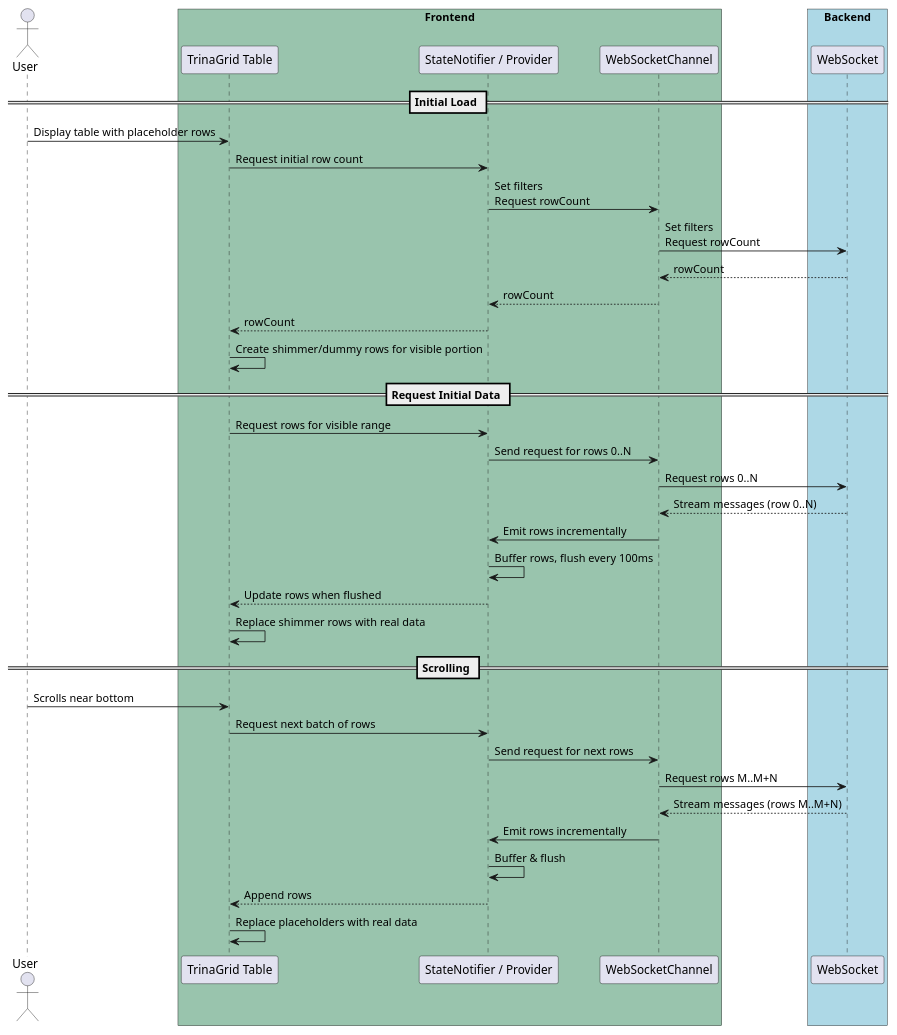
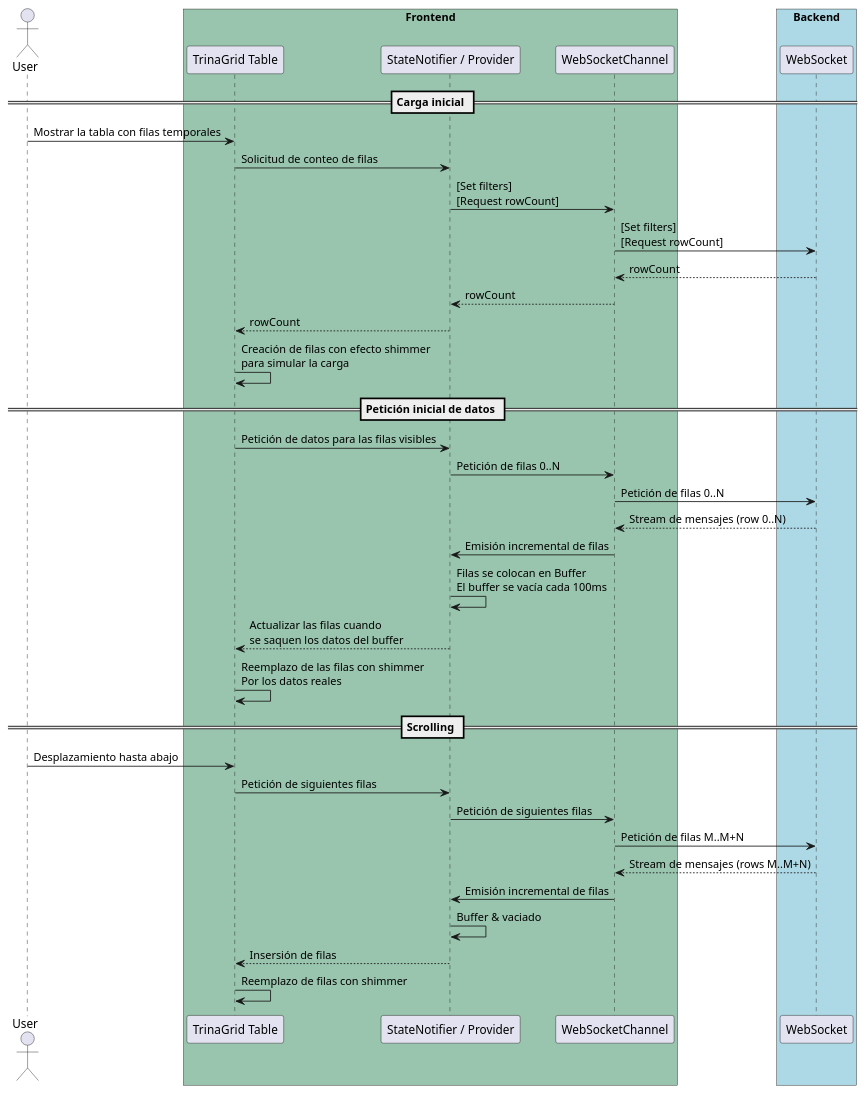
One commit to hector-ramirez-cano/Analytics changed the diagram in docs/uml/syslogTableViewer.puml. Above: the diagram before and after it, drawn with PlantUML. The commit also changed 3 other files, not shown here.

Commit message:
[DOCUMENTATION] Updated PlantUML diagrams

```diff
--- a/docs/uml/syslogTableViewer.puml
+++ b/docs/uml/syslogTableViewer.puml
@@ -1,46 +1,46 @@
 @startuml TableViewer
 actor "User" as User
 
 ' Frontend
 box "Frontend" #99c4ad
 participant "TrinaGrid Table" as TrinaGrid
 participant "StateNotifier / Provider" as StateProvider
 participant "WebSocketChannel" as WebSocket
 end box
 
 ' Backend
 box "Backend" #LightBlue
   participant "WebSocket" as BackendWS
 end box
 
-== Initial Load ==
-User -> TrinaGrid: Display table with placeholder rows
-TrinaGrid -> StateProvider: Request initial row count
-StateProvider -> WebSocket : Set filters\nRequest rowCount
-WebSocket -> BackendWS: Set filters\nRequest rowCount
+== Carga inicial ==
+User -> TrinaGrid: Mostrar la tabla con filas temporales
+TrinaGrid -> StateProvider: Solicitud de conteo de filas
+StateProvider -> WebSocket : [Set filters]\n[Request rowCount]
+WebSocket -> BackendWS: [Set filters]\n[Request rowCount]
 BackendWS --> WebSocket: rowCount
 WebSocket --> StateProvider: rowCount
 StateProvider --> TrinaGrid: rowCount
-TrinaGrid -> TrinaGrid: Create shimmer/dummy rows for visible portion
+TrinaGrid -> TrinaGrid: Creación de filas con efecto shimmer\npara simular la carga
 
-== Request Initial Data ==
-TrinaGrid -> StateProvider: Request rows for visible range
-StateProvider -> WebSocket: Send request for rows 0..N
-WebSocket -> BackendWS: Request rows 0..N
-BackendWS --> WebSocket: Stream messages (row 0..N)
-WebSocket -> StateProvider: Emit rows incrementally
-StateProvider -> StateProvider: Buffer rows, flush every 100ms
-StateProvider --> TrinaGrid: Update rows when flushed
-TrinaGrid -> TrinaGrid: Replace shimmer rows with real data
+== Petición inicial de datos ==
+TrinaGrid -> StateProvider: Petición de datos para las filas visibles
+StateProvider -> WebSocket: Petición de filas 0..N
+WebSocket -> BackendWS: Petición de filas 0..N
+BackendWS --> WebSocket: Stream de mensajes (row 0..N)
+WebSocket -> StateProvider: Emisión incremental de filas
+StateProvider -> StateProvider: Filas se colocan en Buffer\nEl buffer se vacía cada 100ms
+StateProvider --> TrinaGrid: Actualizar las filas cuando\nse saquen los datos del buffer
+TrinaGrid -> TrinaGrid: Reemplazo de las filas con shimmer\nPor los datos reales
 
 == Scrolling ==
-User -> TrinaGrid: Scrolls near bottom
-TrinaGrid -> StateProvider: Request next batch of rows
-StateProvider -> WebSocket: Send request for next rows
-WebSocket -> BackendWS: Request rows M..M+N
-BackendWS --> WebSocket: Stream messages (rows M..M+N)
-WebSocket -> StateProvider: Emit rows incrementally
-StateProvider -> StateProvider: Buffer & flush
-StateProvider --> TrinaGrid: Append rows
-TrinaGrid -> TrinaGrid: Replace placeholders with real data
+User -> TrinaGrid: Desplazamiento hasta abajo
+TrinaGrid -> StateProvider: Petición de siguientes filas
+StateProvider -> WebSocket: Petición de siguientes filas
+WebSocket -> BackendWS: Petición de filas M..M+N
+BackendWS --> WebSocket: Stream de mensajes (rows M..M+N)
+WebSocket -> StateProvider: Emisión incremental de filas
+StateProvider -> StateProvider: Buffer & vaciado
+StateProvider --> TrinaGrid: Insersión de filas
+TrinaGrid -> TrinaGrid: Reemplazo de filas con shimmer
 @enduml
```
